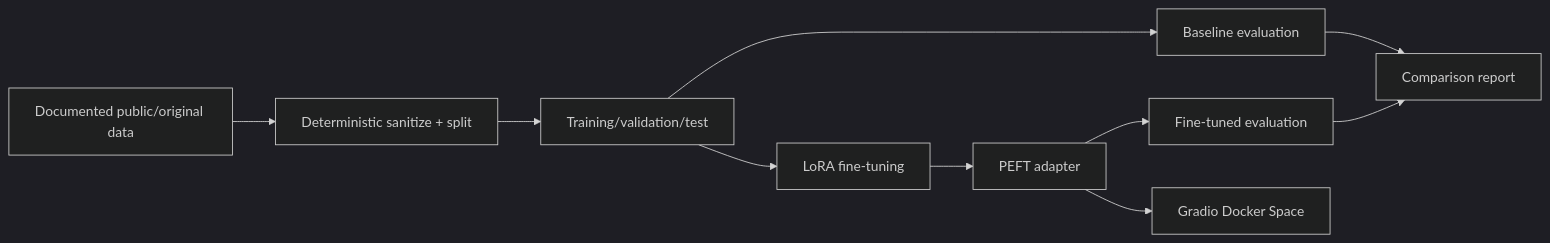
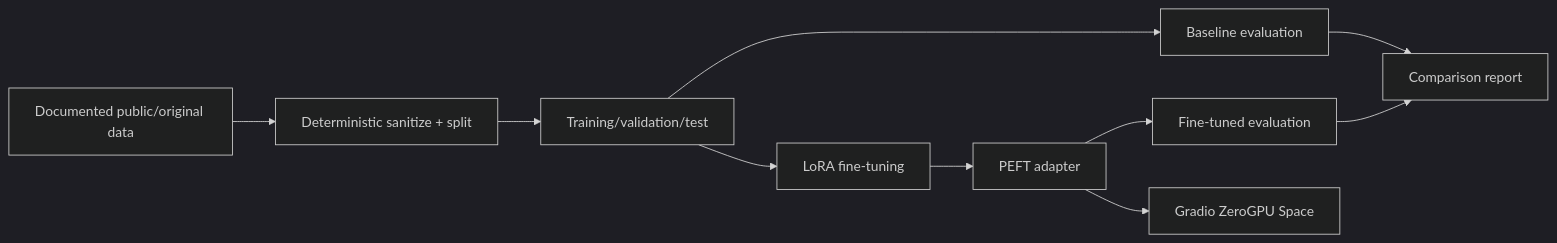
Before and after one commit to samanshahroudi/tinydevassist: the diagram in README.md, drawn with Mermaid (dark theme). The commit also changed other lines of this file and 12 other files, not shown here.

Commit message:
Deploy verified ZeroGPU developer support demo

````diff
--- a/README.md
+++ b/README.md
@@ -10,12 +10,12 @@
 ```mermaid
 flowchart LR
   A[Documented public/original data] --> B[Deterministic sanitize + split]
   B --> C[Training/validation/test]
   C --> D[LoRA fine-tuning]
   C --> E[Baseline evaluation]
   D --> F[PEFT adapter]
   F --> G[Fine-tuned evaluation]
-  F --> H[Gradio Docker Space]
+  F --> H[Gradio ZeroGPU Space]
   E --> I[Comparison report]
   G --> I
 ```
````
